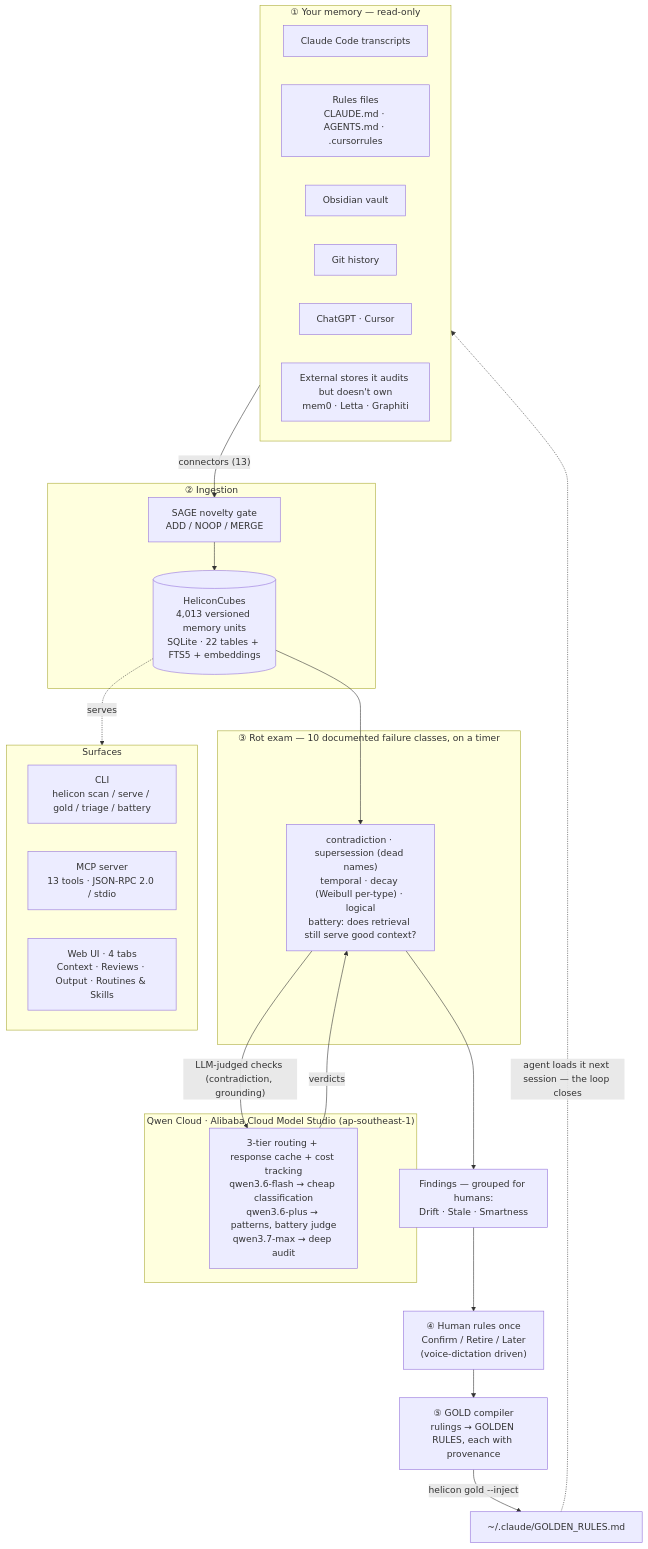
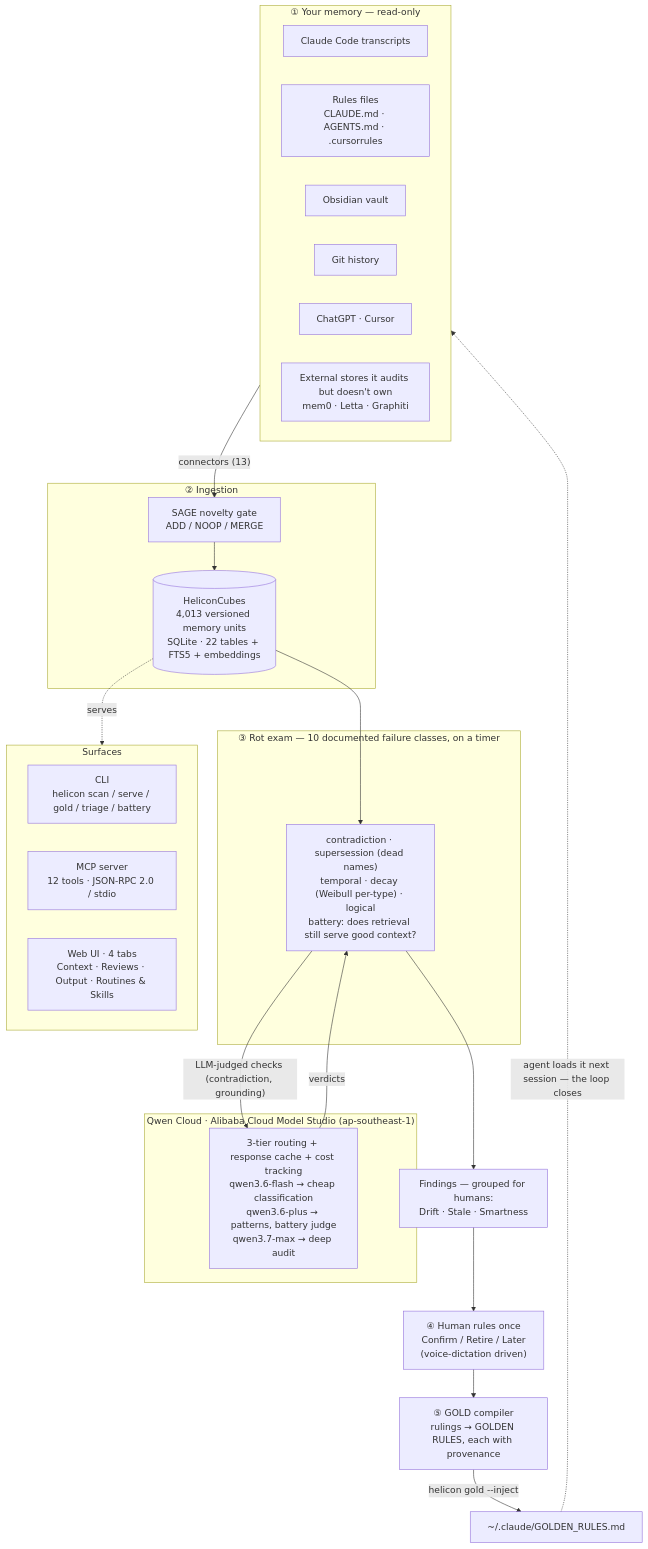
One commit to Morkeeth/mountain-of-helicon changed the diagram in ARCHITECTURE.md. Above: the diagram before and after it, drawn with Mermaid. The commit also changed 1 other file, not shown here.

Commit message:
docs: fix MCP tool count 13→12 (verified against tools/list registration, not a description string)

````diff
--- a/ARCHITECTURE.md
+++ b/ARCHITECTURE.md
@@ -9,45 +9,45 @@
 ```mermaid
 flowchart TD
   subgraph SRC["① Your memory — read-only"]
     A1["Claude Code transcripts"]
     A2["Rules files<br/>CLAUDE.md · AGENTS.md · .cursorrules"]
     A3["Obsidian vault"]
     A4["Git history"]
     A5["ChatGPT · Cursor"]
     A6["External stores it audits but doesn't own<br/>mem0 · Letta · Graphiti"]
   end
 
   SRC -->|"connectors (13)"| GATE
 
   subgraph INGEST["② Ingestion"]
     GATE["SAGE novelty gate<br/>ADD / NOOP / MERGE"]
     CUBES[("HeliconCubes<br/>4,013 versioned memory units<br/>SQLite · 22 tables + FTS5 + embeddings")]
     GATE --> CUBES
   end
 
   CUBES --> EXAM
 
   subgraph AUDIT["③ Rot exam — 10 documented failure classes, on a timer"]
     EXAM["contradiction · supersession (dead names)<br/>temporal · decay (Weibull per-type) · logical<br/>battery: does retrieval still serve good context?"]
   end
 
   EXAM -->|"LLM-judged checks (contradiction, grounding)"| QWEN
   QWEN -->|verdicts| EXAM
 
   subgraph QWENC["Qwen Cloud · Alibaba Cloud Model Studio (ap-southeast-1)"]
     QWEN["3-tier routing + response cache + cost tracking<br/>qwen3.6-flash → cheap classification<br/>qwen3.6-plus → patterns, battery judge<br/>qwen3.7-max → deep audit"]
   end
 
   EXAM --> FIND["Findings — grouped for humans:<br/>Drift · Stale · Smartness"]
   FIND --> HUMAN["④ Human rules once<br/>Confirm / Retire / Later<br/>(voice-dictation driven)"]
   HUMAN --> GOLD["⑤ GOLD compiler<br/>rulings → GOLDEN RULES, each with provenance"]
   GOLD -->|"helicon gold --inject"| INJECT["~/.claude/GOLDEN_RULES.md"]
   INJECT -.->|"agent loads it next session — the loop closes"| SRC
 
   CUBES -.serves.-> SURF
   subgraph SURF["Surfaces"]
     CLI["CLI<br/>helicon scan / serve / gold / triage / battery"]
-    MCP["MCP server<br/>13 tools · JSON-RPC 2.0 / stdio"]
+    MCP["MCP server<br/>12 tools · JSON-RPC 2.0 / stdio"]
     WEB["Web UI · 4 tabs<br/>Context · Reviews · Output · Routines & Skills"]
   end
 ```
````
